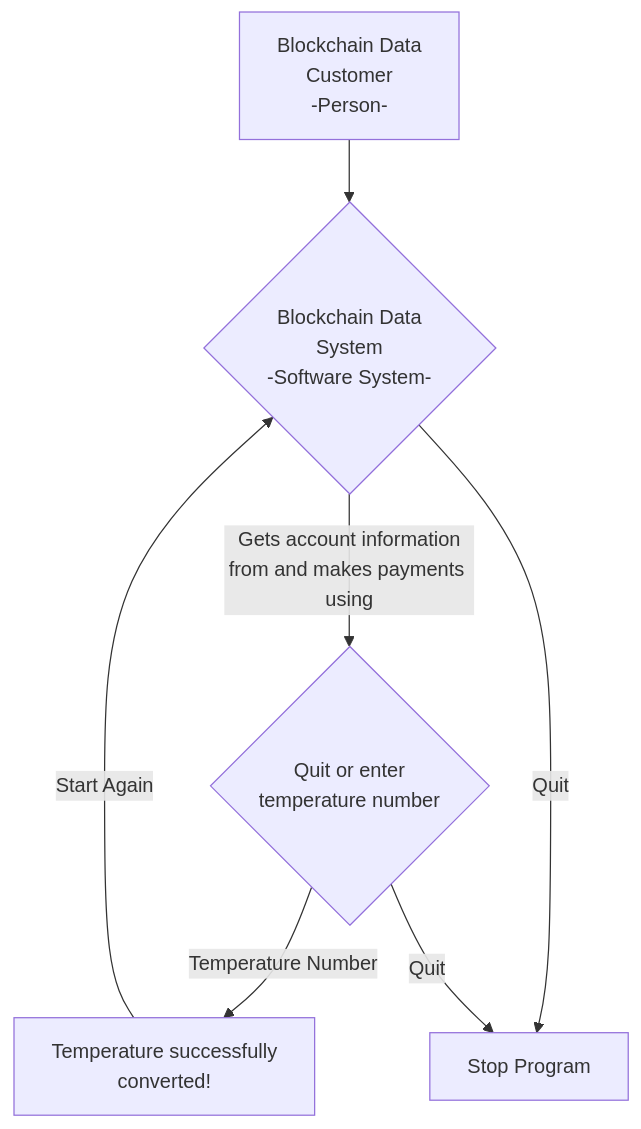
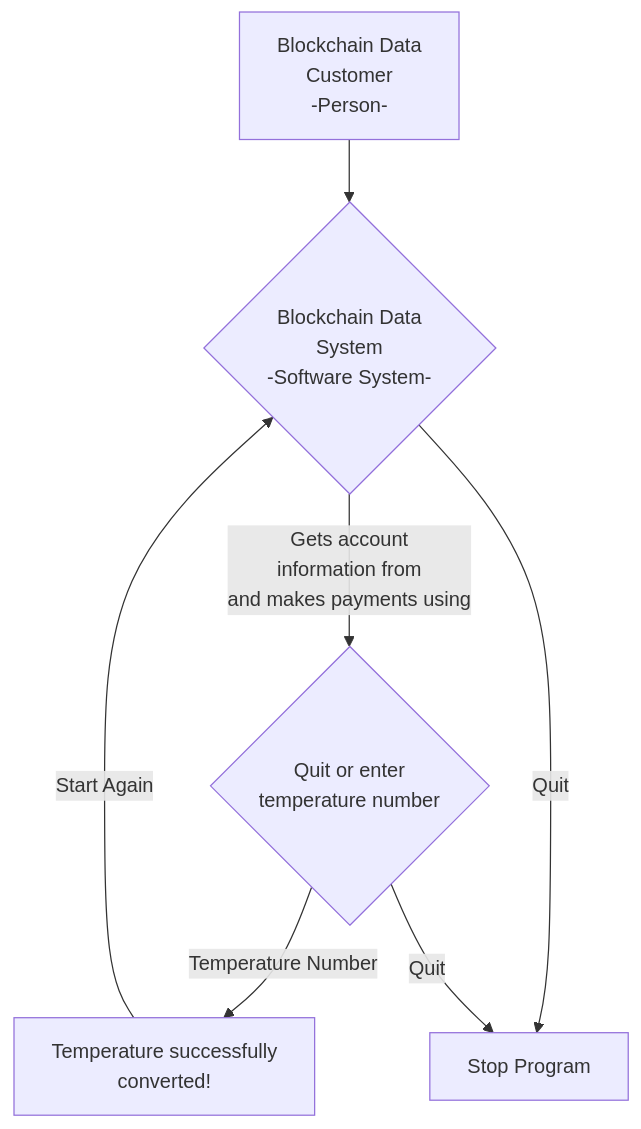
The diagram in README.md (patmcfarland/one), drawn with Mermaid before and after one commit.

````diff
--- a/README.md
+++ b/README.md
@@ -1,9 +1,9 @@
 ```mermaid
 flowchart TB
 A[Blockchain Data<br>Customer<br>-Person-] -->B{Blockchain Data<br>System<br>-Software System-}
-B -- Gets account information<br>from and makes payments using --> C{Quit or enter<br>temperature number} 
+B -- Gets account<br>information from<br>and makes payments using --> C{Quit or enter<br>temperature number} 
 C -- Temperature Number --> D[Temperature successfully<br>converted!] 
 D -- Start Again -->B
 B -- Quit --> E[Stop Program]
 C -- Quit --> E
 ```
````
